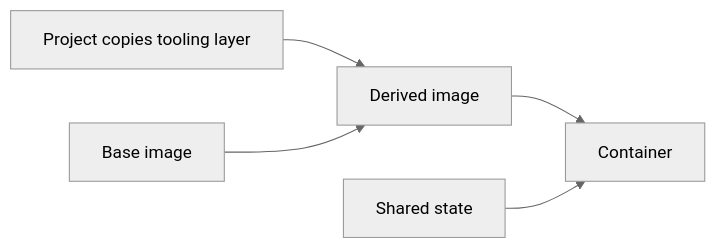
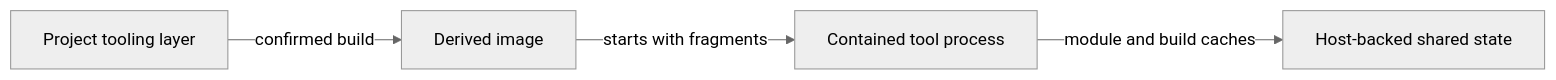
One commit to gregwebs/claude-contained changed the diagram in examples/tooling-layers/README.md. Above: the diagram before and after it, drawn with Mermaid (neutral theme). The commit also changed other lines of this file and 12 other files, not shown here.

First line of the commit message:
Ship Go tooling layer example

````diff
--- a/examples/tooling-layers/README.md
+++ b/examples/tooling-layers/README.md
@@ -9,7 +7,6 @@
 ```mermaid
 flowchart LR
-    P[Project copies tooling layer] --> D[Derived image]
-    B[Base image] --> D
-    D --> C[Container]
-    S[Shared state] --> C
+    P[Project tooling layer] -->|confirmed build| D[Derived image]
+    D -->|starts with fragments| T[Contained tool process]
+    T -->|module and build caches| S[Host-backed shared state]
 ```
````
